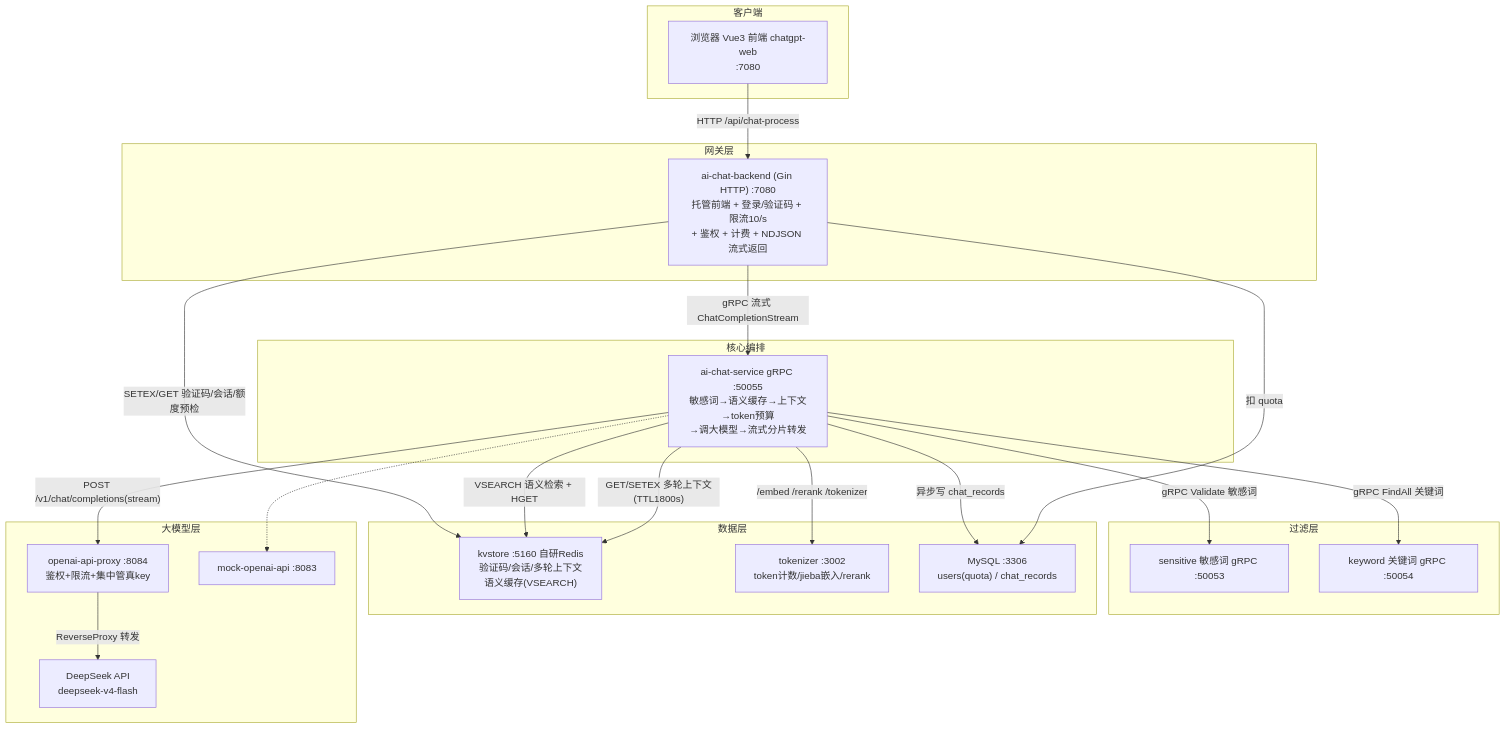
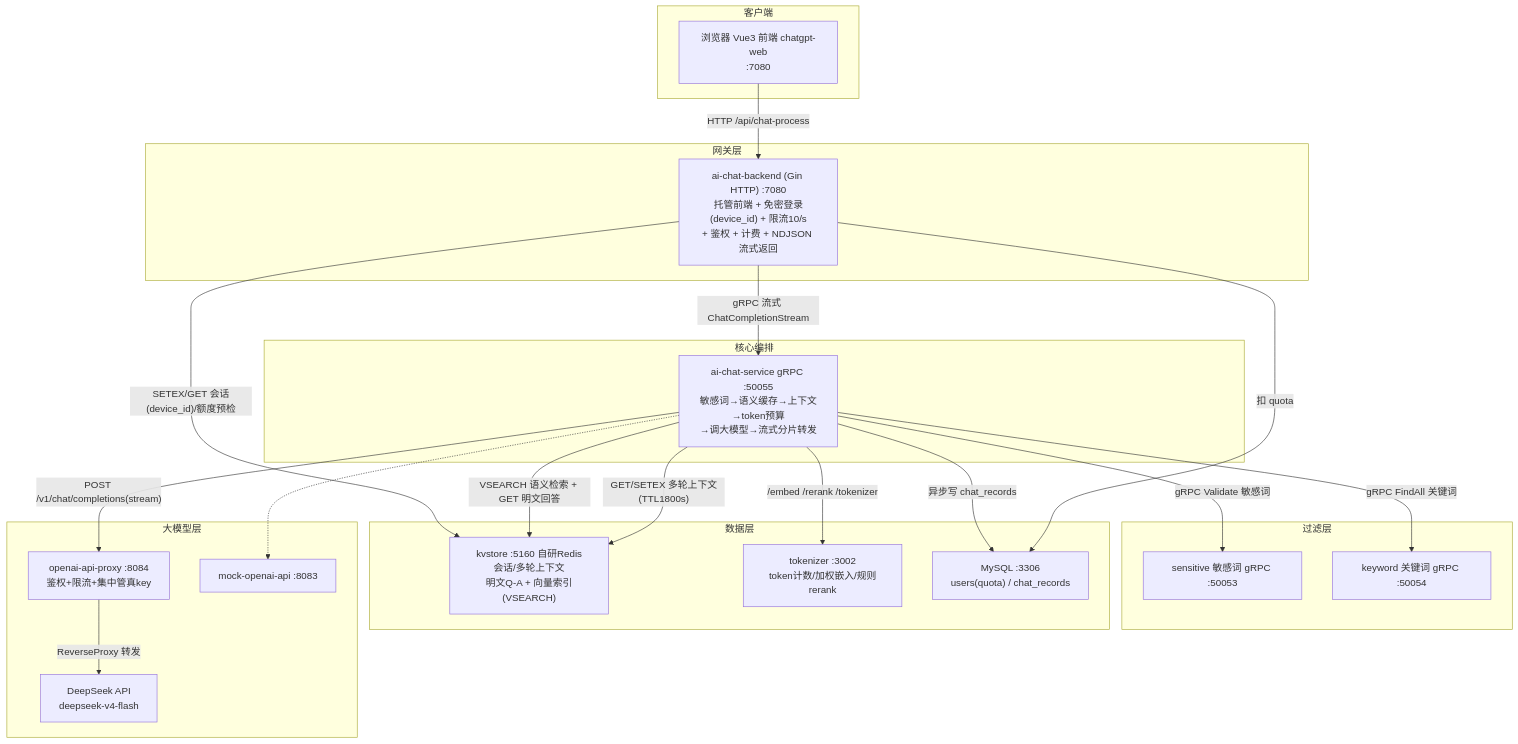
Before and after one commit to robotlover-1/ECHO-CHAT: the first of 3 diagrams in docs/项目文档/04-业务应用.md, drawn with Mermaid. The commit also changed other lines of this file, not shown here.

Commit message:
docs(04): 以代码为准校验更新——§3时序图、§4.1/4.2/4.3、§5免密登录+source计费、§6 tokenizer、§7 proxy env key、§9/§10 差异表；去验证码/fnv32/0.15过时表述

````diff
--- a/docs/项目文档/04-业务应用.md
+++ b/docs/项目文档/04-业务应用.md
@@ -61,45 +61,45 @@
 ```mermaid
 flowchart TB
     subgraph 客户端
         A["浏览器 Vue3 前端 chatgpt-web<br/>:7080"]
     end
 
     subgraph 网关层
-        B["ai-chat-backend (Gin HTTP) :7080<br/>托管前端 + 登录/验证码 + 限流10/s<br/>+ 鉴权 + 计费 + NDJSON 流式返回"]
+        B["ai-chat-backend (Gin HTTP) :7080<br/>托管前端 + 免密登录(device_id) + 限流10/s<br/>+ 鉴权 + 计费 + NDJSON 流式返回"]
     end
 
     subgraph 核心编排
         C["ai-chat-service gRPC :50055<br/>敏感词→语义缓存→上下文→token预算<br/>→调大模型→流式分片转发"]
     end
 
     subgraph 过滤层
         D["sensitive 敏感词 gRPC :50053"]
         E["keyword 关键词 gRPC :50054"]
     end
 
     subgraph 数据层
-        KV["kvstore :5160 自研Redis<br/>验证码/会话/多轮上下文<br/>语义缓存(VSEARCH)"]
-        T["tokenizer :3002<br/>token计数/jieba嵌入/rerank"]
+        KV["kvstore :5160 自研Redis<br/>会话/多轮上下文<br/>明文Q-A + 向量索引(VSEARCH)"]
+        T["tokenizer :3002<br/>token计数/加权嵌入/规则rerank"]
         M["MySQL :3306<br/>users(quota) / chat_records"]
     end
 
     subgraph 大模型层
         P["openai-api-proxy :8084<br/>鉴权+限流+集中管真key"]
         RL["DeepSeek API<br/>deepseek-v4-flash"]
         MK["mock-openai-api :8083"]
     end
 
     A -- "HTTP /api/chat-process" --> B
     B -- "gRPC 流式 ChatCompletionStream" --> C
-    B -- "SETEX/GET 验证码/会话/额度预检" --> KV
+    B -- "SETEX/GET 会话(device_id)/额度预检" --> KV
     C -- "gRPC Validate 敏感词" --> D
     C -- "gRPC FindAll 关键词" --> E
-    C -- "VSEARCH 语义检索 + HGET" --> KV
+    C -- "VSEARCH 语义检索 + GET 明文回答" --> KV
     C -- "GET/SETEX 多轮上下文(TTL1800s)" --> KV
     C -- "/embed /rerank /tokenizer" --> T
     C -- "POST /v1/chat/completions(stream)" --> P
     C -- "异步写 chat_records" --> M
     B -- "扣 quota" --> M
     P -- "ReverseProxy 转发" --> RL
     C -.-> MK
 ```
````
